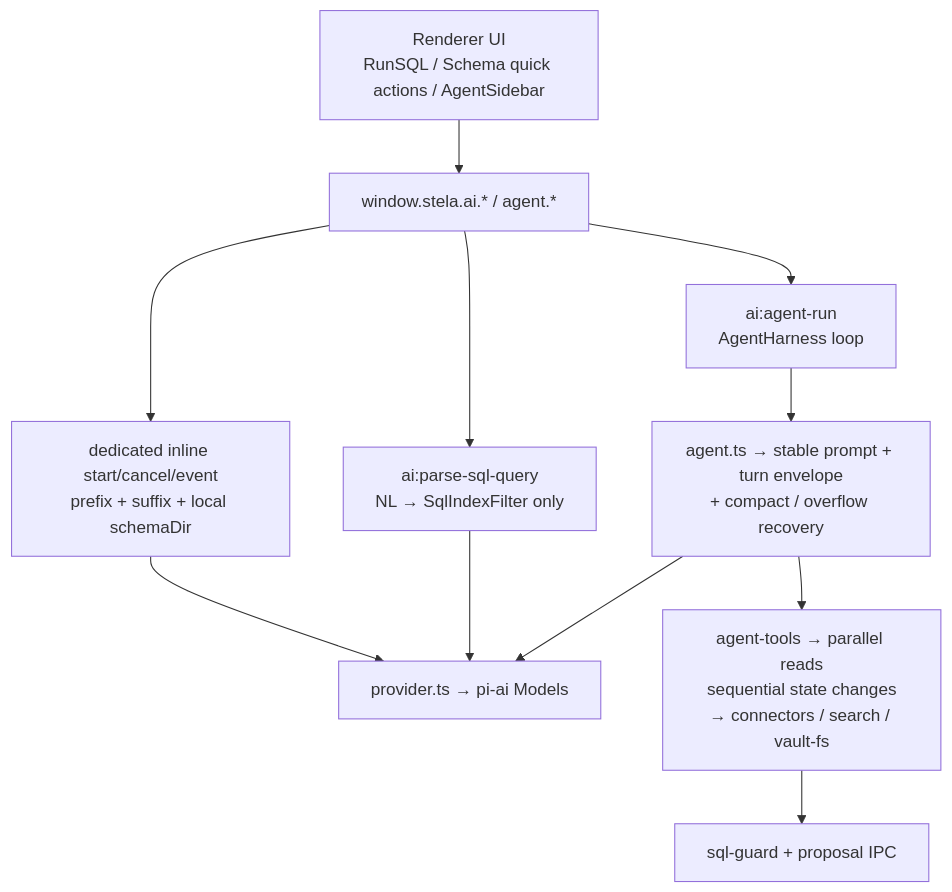
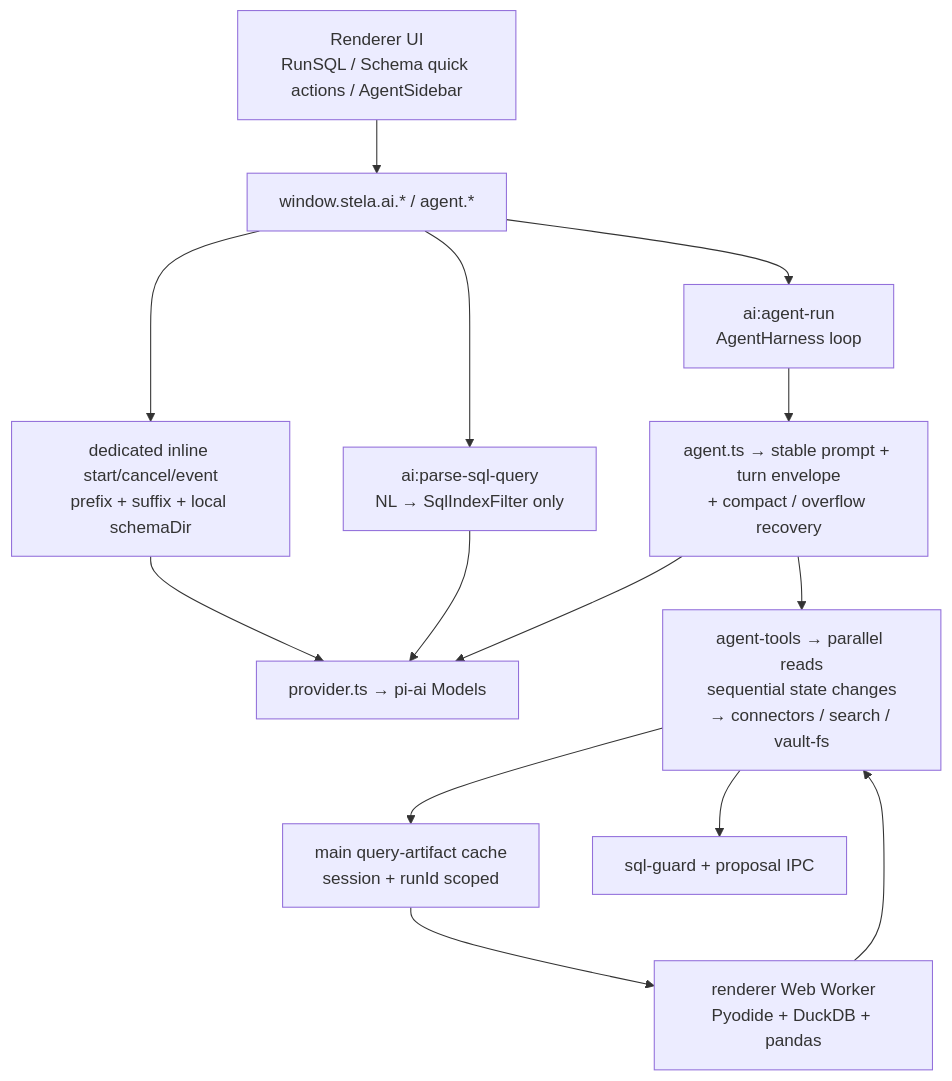
The second of 2 diagrams in docs/ARCHITECTURE.md (ay27/Stela), drawn with Mermaid before and after one commit. The commit also changed other lines of this file and 36 other files, not shown here.

````diff
--- a/docs/ARCHITECTURE.md
+++ b/docs/ARCHITECTURE.md
@@ -333,21 +344,24 @@
 ```mermaid
 flowchart TB
   UI["Renderer UI\nRunSQL / Schema quick actions / AgentSidebar"]
   PRE["window.stela.ai.* / agent.*"]
   INLINE["dedicated inline start/cancel/event\nprefix + suffix + local schemaDir"]
   PARSE["ai:parse-sql-query\nNL → SqlIndexFilter only"]
   AGENT["ai:agent-run\nAgentHarness loop"]
   PROV["provider.ts → pi-ai Models"]
   HARNESS["agent.ts → stable prompt + turn envelope\n+ compact / overflow recovery"]
   TOOLS["agent-tools → parallel reads\nsequential state changes\n→ connectors / search / vault-fs"]
+  ART["main query-artifact cache\nsession + runId scoped"]
+  PY["renderer Web Worker\nPyodide + DuckDB + pandas"]
   GUARD["sql-guard + proposal IPC"]
 
   UI --> PRE
   PRE --> INLINE --> PROV
   PRE --> PARSE
   PRE --> AGENT
   PARSE --> PROV
   AGENT --> HARNESS --> PROV
   HARNESS --> TOOLS
   TOOLS --> GUARD
+  TOOLS --> ART --> PY --> TOOLS
 ```
````
